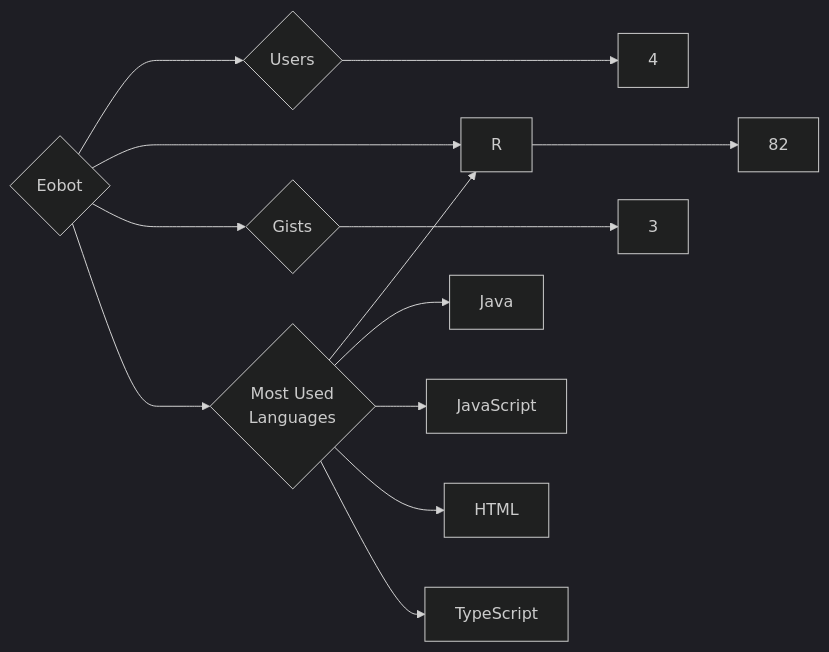
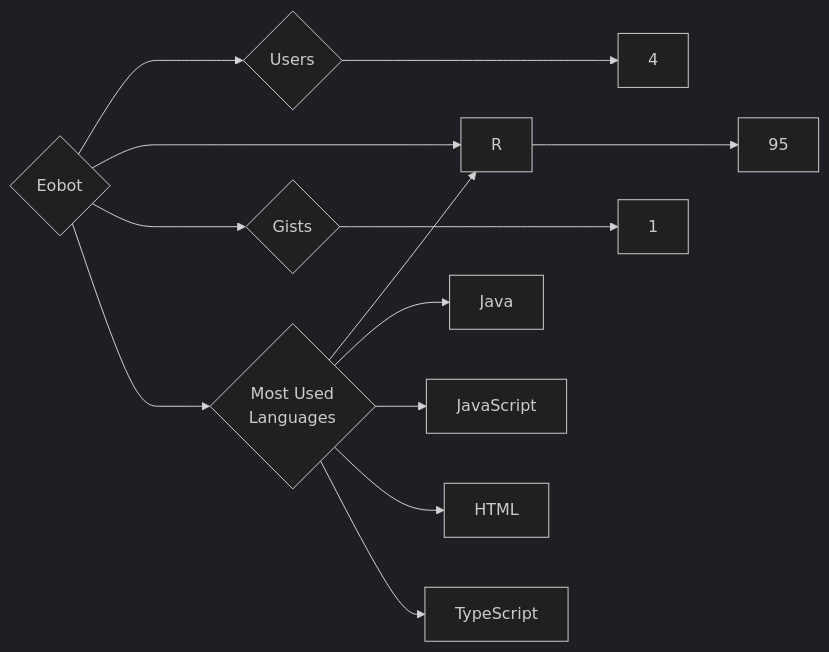
One commit to trickest/insiders changed the diagram in targets/Eobot/README.md. Above: the diagram before and after it, drawn with Mermaid (dark theme). The commit also changed 1166 other files, not shown here.

````diff
--- a/targets/Eobot/README.md
+++ b/targets/Eobot/README.md
@@ -3,13 +3,13 @@
 ```mermaid
 graph LR
 COMPANY_NAME{Eobot}
 COMPANY_NAME ---> U{Users} ---> UN[4]
-COMPANY_NAME ---> R{Repositories} ---> RN[82]
-COMPANY_NAME ---> G{Gists} ---> GN[3]
+COMPANY_NAME ---> R{Repositories} ---> RN[95]
+COMPANY_NAME ---> G{Gists} ---> GN[1]
 COMPANY_NAME ---> ML{Most Used<br>Languages}
 ML --> R[R]
 ML --> Java[Java]
 ML --> JavaScript[JavaScript]
 ML --> HTML[HTML]
 ML --> TypeScript[TypeScript]
 ```
````
